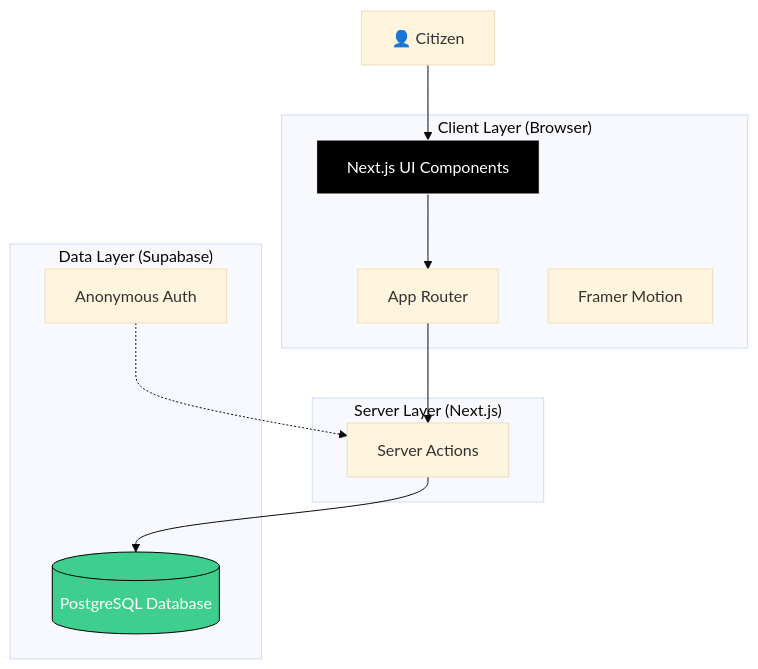
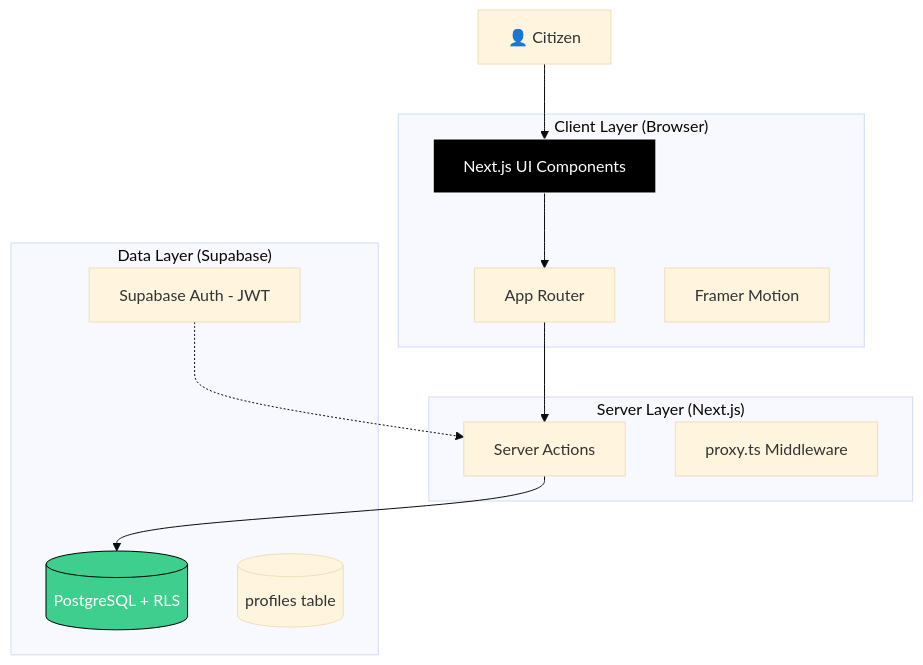
One commit to joaoSilva240/ouvidoria-ativa-boituva changed the diagram in README.md. Above: the diagram before and after it, drawn with Mermaid (base theme). The commit also changed other lines of this file and 1 other file, not shown here.

````diff
--- a/README.md
+++ b/README.md
@@ -21,26 +23,28 @@
 ```mermaid
 graph TB
     subgraph "Client Layer (Browser)"
         UI[Next.js UI Components]
         Router[App Router]
         Motion[Framer Motion]
     end
     
     subgraph "Server Layer (Next.js)"
         SA[Server Actions]
+        Proxy[proxy.ts Middleware]
     end
     
     subgraph "Data Layer (Supabase)"
-        Auth[Anonymous Auth]
-        DB[(PostgreSQL Database)]
+        Auth[Supabase Auth - JWT]
+        DB[(PostgreSQL + RLS)]
+        Profiles[(profiles table)]
     end
     
     User[👤 Citizen] --> UI
     UI --> Router
     Router --> SA
     SA --> DB
     Auth -.-> SA
     
     style UI fill:#000,stroke:#fff,color:#fff
     style DB fill:#3ECF8E,stroke:#000,color:#fff
 ```
````
